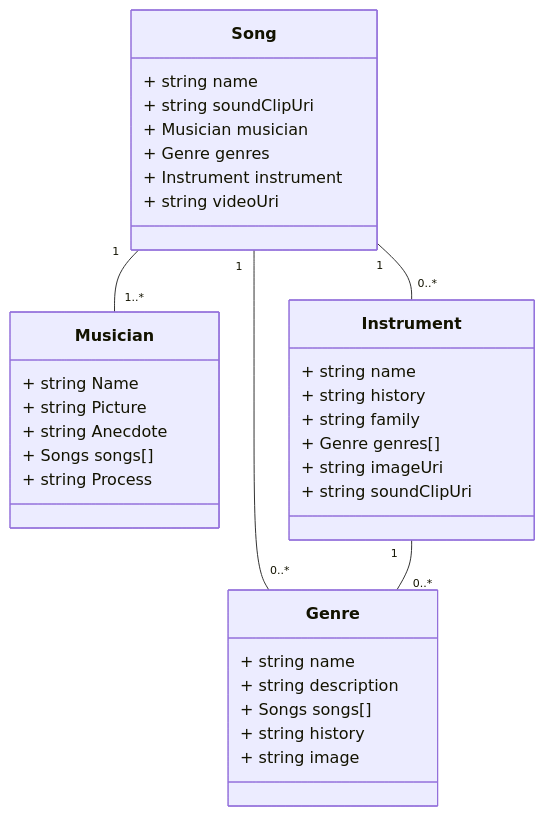
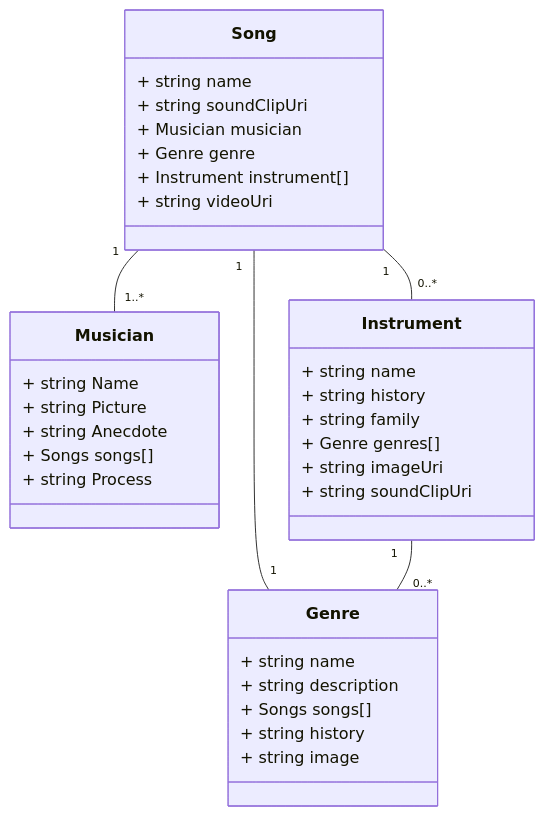
Before and after one commit to travis-kuenzi/Mongo-Driven-Website-Term-Project: the diagram in README.md, drawn with Mermaid. The commit also changed other lines of this file and 1 other file, not shown here.

Commit message:
Cleaning work done.

````diff
--- a/README.md
+++ b/README.md
@@ -10,45 +10,45 @@
 ```mermaid
 classDiagram 
     class Genre {
       + string name
       + string description
       + Songs songs[]
       + string history
       + string image
     }
 
     class Musician {
       + string Name
       + string Picture
       + string Anecdote
       + Songs songs[]
       + string Process
     }
 
     class Instrument {
       + string name
       + string history
       + string family
       + Genre genres[]
       + string imageUri
       + string soundClipUri
     }
 
     class Song {
       + string name
       + string soundClipUri
       + Musician musician
-      + Genre genres
-      + Instrument instrument
+      + Genre genre
+      + Instrument instrument[]
       + string videoUri
     }
 
 
     %%Links between entities - don't worry too much about details
 
-    Song "1" -- "0..*" Genre
+    Song "1" -- "1" Genre
     Song "1" -- "1..*" Musician
     Song "1" -- "0..*" Instrument
 
     Instrument "1" -- "0..*" Genre
 ```
````
